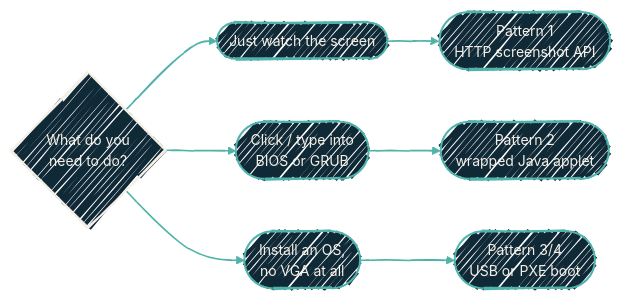
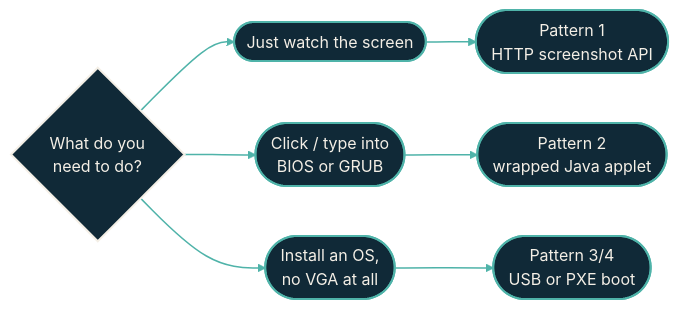
Before and after one commit to dryvist/docs: the diagram in infrastructure/legacy-bmc-tactics.mdx, drawn with Mermaid. The commit also changed other lines of this file and 116 other files, not shown here.

````diff
--- a/infrastructure/legacy-bmc-tactics.mdx
+++ b/infrastructure/legacy-bmc-tactics.mdx
@@ -28,24 +28,31 @@
 ```mermaid
-%%{init:
-  {'theme':'base','look':'handDrawn','themeVariables':{'fontFamily':'Geist','fontSize':'14px','primaryColor':'#102937','primaryTextColor':'#F4EFE6','primaryBorderColor':'#4FB3A9','lineColor':'#4FB3A9','secondaryColor':'#0B1D2A','tertiaryColor':'#1A2A38','clusterBkg':'rgba(79,179,169,0.08)','clusterBorder':'#4FB3A9'}}}%%
+%%{init: {"theme":"base","look":"handDrawn","themeVariables":{"primaryColor":"#123a36","primaryTextColor":"#f4efe6","primaryBorderColor":"#4fb3a9","lineColor":"#4fb3a9","secondaryColor":"#0b1d2a","tertiaryColor":"#16293a","clusterBkg":"#08151f","clusterBorder":"#4fb3a9","fontFamily":"'Geist Sans', system-ui, -apple-system, BlinkMacSystemFont, 'Segoe UI', Roboto, sans-serif","fontSize":"14px"}}}%%
 flowchart LR
+  classDef src fill:#16293a,stroke:#e06b4a,stroke-width:2px,color:#f4efe6;
+  classDef ai fill:#16293a,stroke:#e06b4a,stroke-width:2px,color:#f4efe6;
+  classDef gate fill:#16293a,stroke:#e06b4a,stroke-width:2.5px,color:#f4efe6;
+  classDef hop fill:#16293a,stroke:#4fb3a9,stroke-width:2px,color:#f4efe6;
+  classDef host fill:#16293a,stroke:#4fb3a9,stroke-width:2px,color:#f4efe6;
+  classDef sink fill:#16293a,stroke:#f4efe6,stroke-width:2px,color:#f4efe6;
+  classDef auto fill:#16293a,stroke:#f4efe6,stroke-width:1.5px,color:#f4efe6;
+  classDef external fill:#16293a,stroke:#e6b35a,stroke-width:2px,color:#f4efe6;
   Need{What do you<br/>need to do?}
   Monitor([Just watch the screen])
   Interact([Click / type into<br/>BIOS or GRUB])
   Install([Install an OS,<br/>no VGA at all])
   P1([Pattern 1<br/>HTTP screenshot API])
   P2([Pattern 2<br/>wrapped Java applet])
   P34([Pattern 3/4<br/>USB or PXE boot])
 
   Need --> Monitor --> P1
   Need --> Interact --> P2
   Need --> Install --> P34
 
   classDef decision fill:#102937,stroke:#F4EFE6,stroke-width:2px,color:#F4EFE6;
   classDef path     fill:#102937,stroke:#4FB3A9,stroke-width:2px,color:#F4EFE6;
 
   class Need decision
   class Monitor,Interact,Install,P1,P2,P34 path
 
   linkStyle default stroke:#4FB3A9,stroke-width:1.5px;
 ```
````
